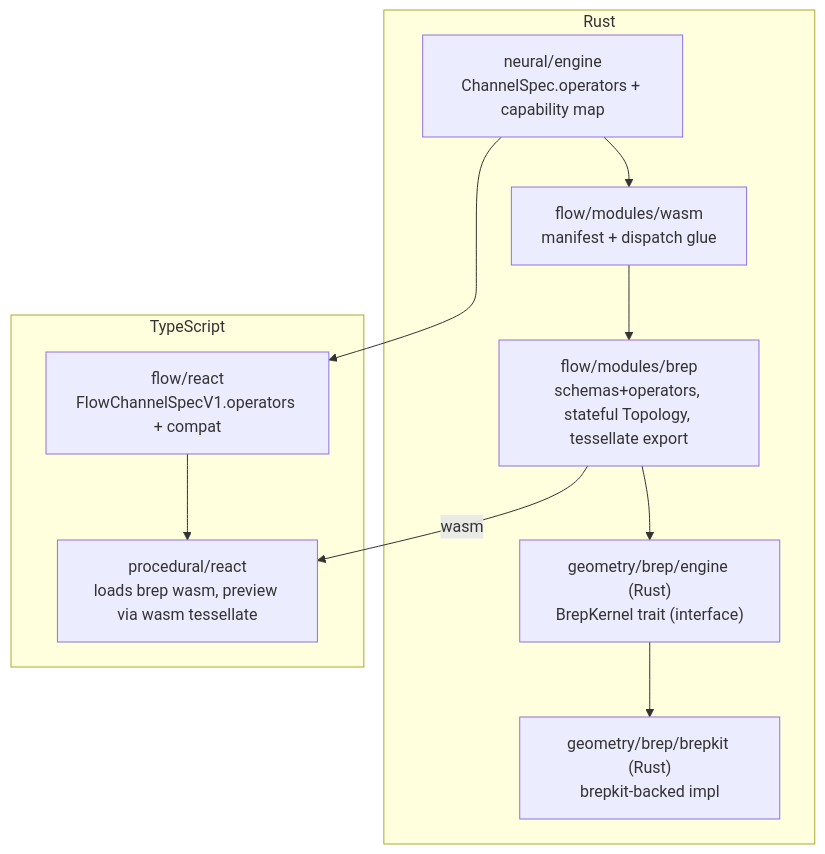
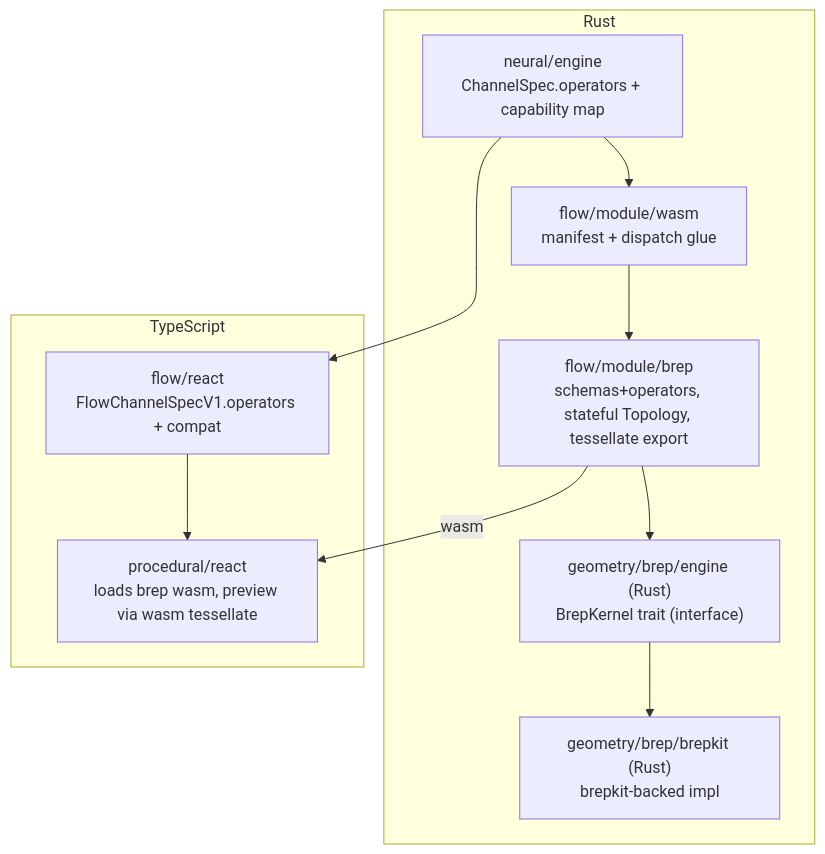
One commit to usalu/semio changed the diagram in .cursor/plans/operator-typed_brep_nodes_a382c9bc.plan.md. Above: the diagram before and after it, drawn with Mermaid. The commit also changed other lines of this file and 3878 other files, not shown here.

````diff
--- a/.cursor/plans/operator-typed_brep_nodes_a382c9bc.plan.md
+++ b/.cursor/plans/operator-typed_brep_nodes_a382c9bc.plan.md
@@ -47,18 +47,18 @@
 ```mermaid
 graph TB
   subgraph rust [Rust]
     neural["neural/engine<br/>ChannelSpec.operators + capability map"]
-    wasmglue["flow/modules/wasm<br/>manifest + dispatch glue"]
+    wasmglue["flow/module/wasm<br/>manifest + dispatch glue"]
     brepiface["geometry/brep/engine (Rust)<br/>BrepKernel trait (interface)"]
     brepimpl["geometry/brep/brepkit (Rust)<br/>brepkit-backed impl"]
-    brepmod["flow/modules/brep<br/>schemas+operators, stateful Topology, tessellate export"]
+    brepmod["flow/module/brep<br/>schemas+operators, stateful Topology, tessellate export"]
     neural --> wasmglue --> brepmod
     brepmod --> brepiface --> brepimpl
   end
   subgraph js [TypeScript]
     flowreact["flow/react<br/>FlowChannelSpecV1.operators + compat"]
     proc["procedural/react<br/>loads brep wasm, preview via wasm tessellate"]
     brepmod -->|wasm| proc
     neural --> flowreact --> proc
   end
 ```
````
